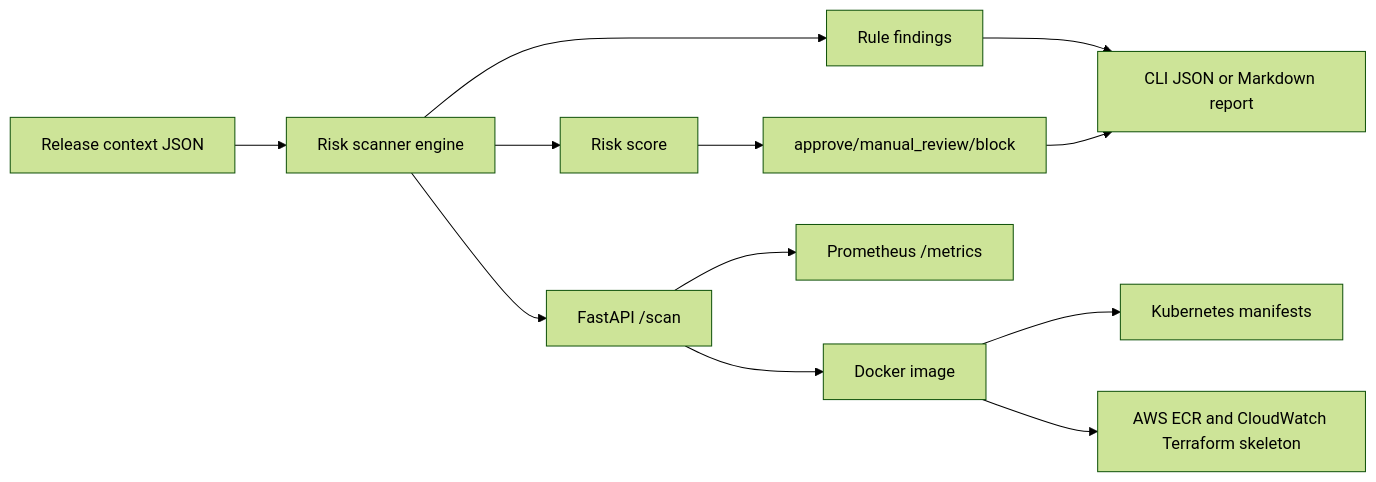
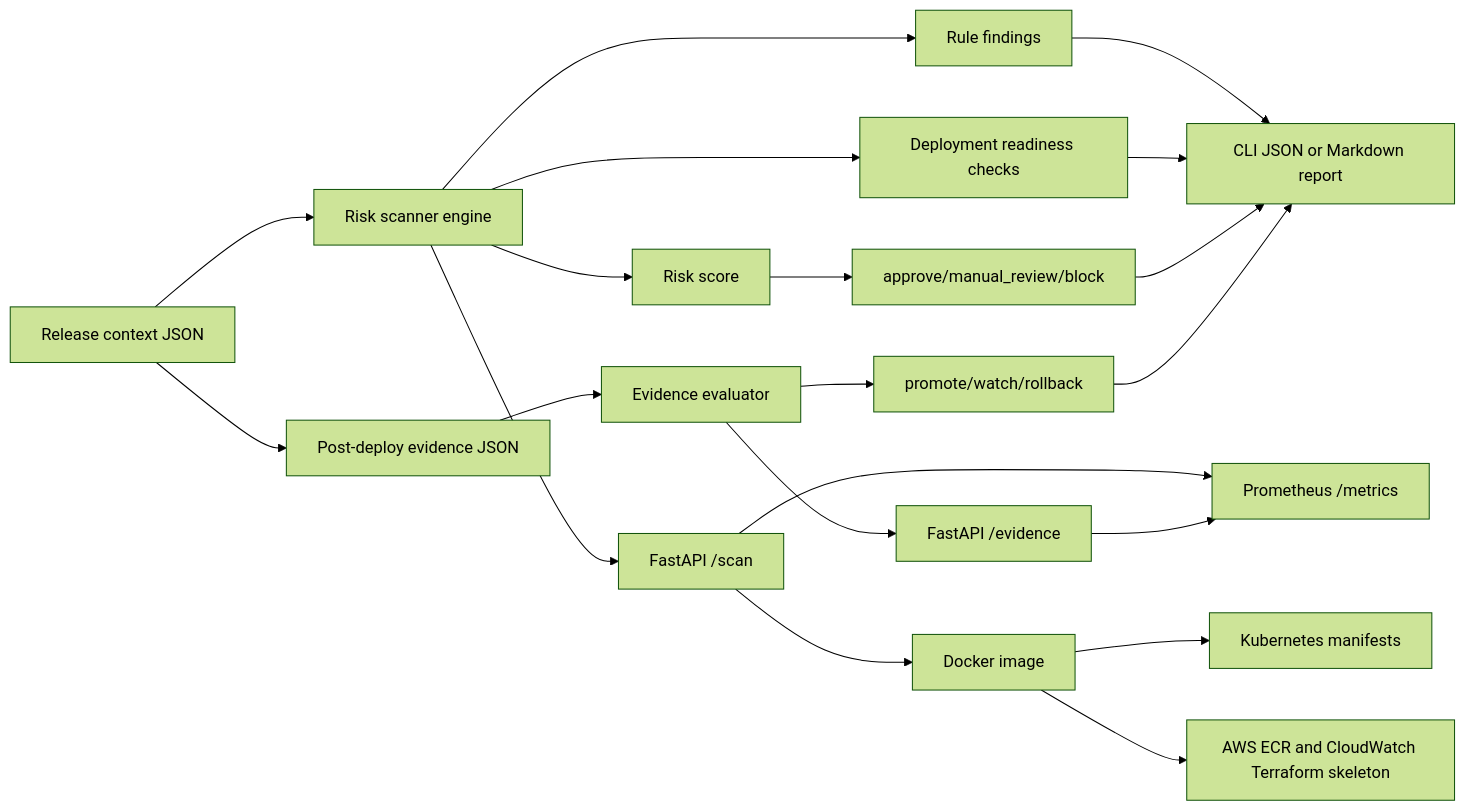
The diagram in README.md (Nagadeepak1998/ci-cd-release-risk-scanner), drawn with Mermaid (forest theme) before and after one commit. The commit also changed other lines of this file and 15 other files, not shown here.

````diff
--- a/README.md
+++ b/README.md
@@ -21,14 +23,22 @@
 ```mermaid
 flowchart LR
     A[Release context JSON] --> B[Risk scanner engine]
     B --> C[Rule findings]
     B --> D[Risk score]
     D --> E[approve/manual_review/block]
     C --> F[CLI JSON or Markdown report]
+    B --> L[Deployment readiness checks]
+    L --> F
     E --> F
     B --> G[FastAPI /scan]
+    A --> M[Post-deploy evidence JSON]
+    M --> N[Evidence evaluator]
+    N --> O[promote/watch/rollback]
+    O --> F
+    N --> P[FastAPI /evidence]
     G --> H[Prometheus /metrics]
+    P --> H
     G --> I[Docker image]
     I --> J[Kubernetes manifests]
     I --> K[AWS ECR and CloudWatch Terraform skeleton]
 ```
````
